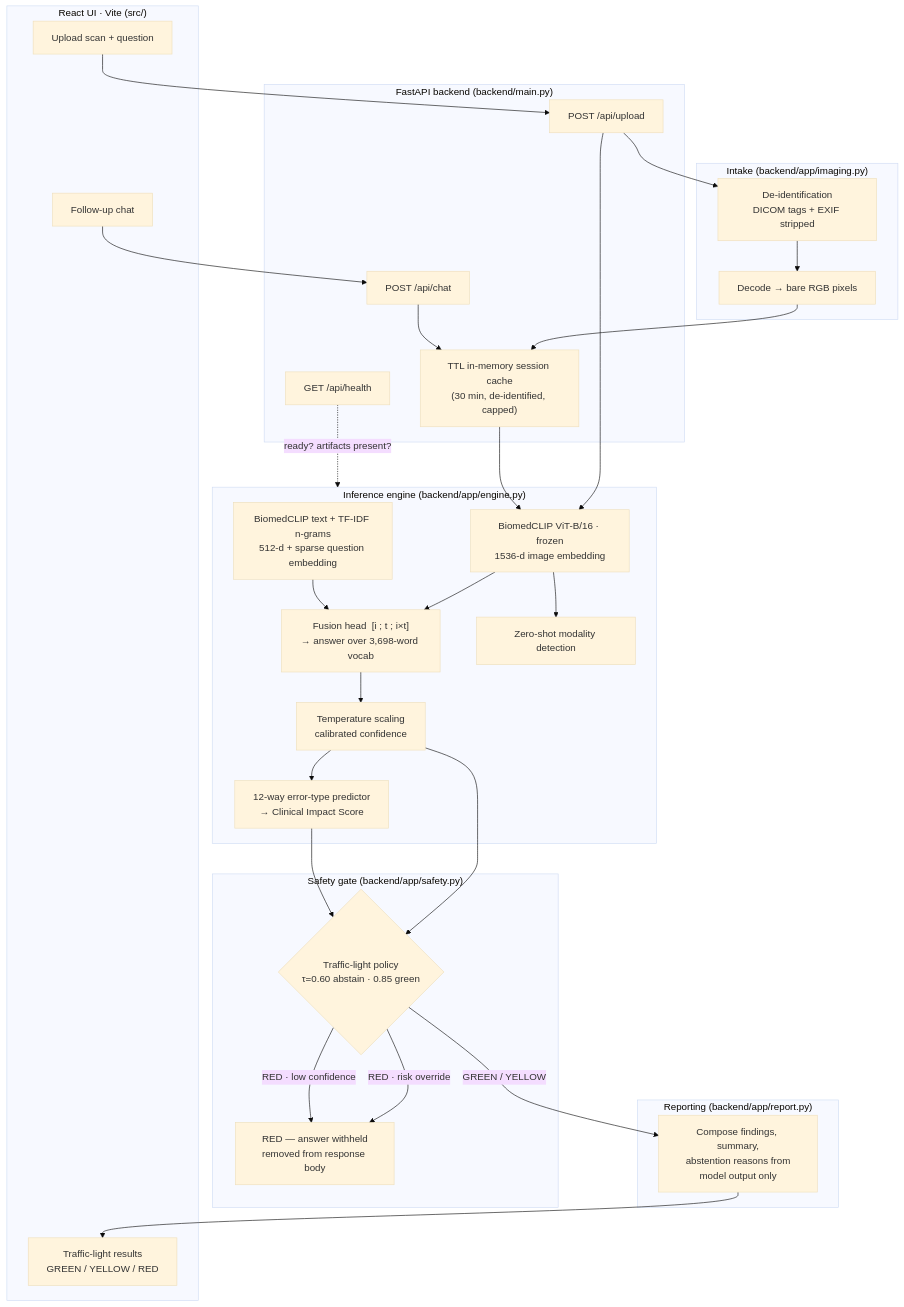
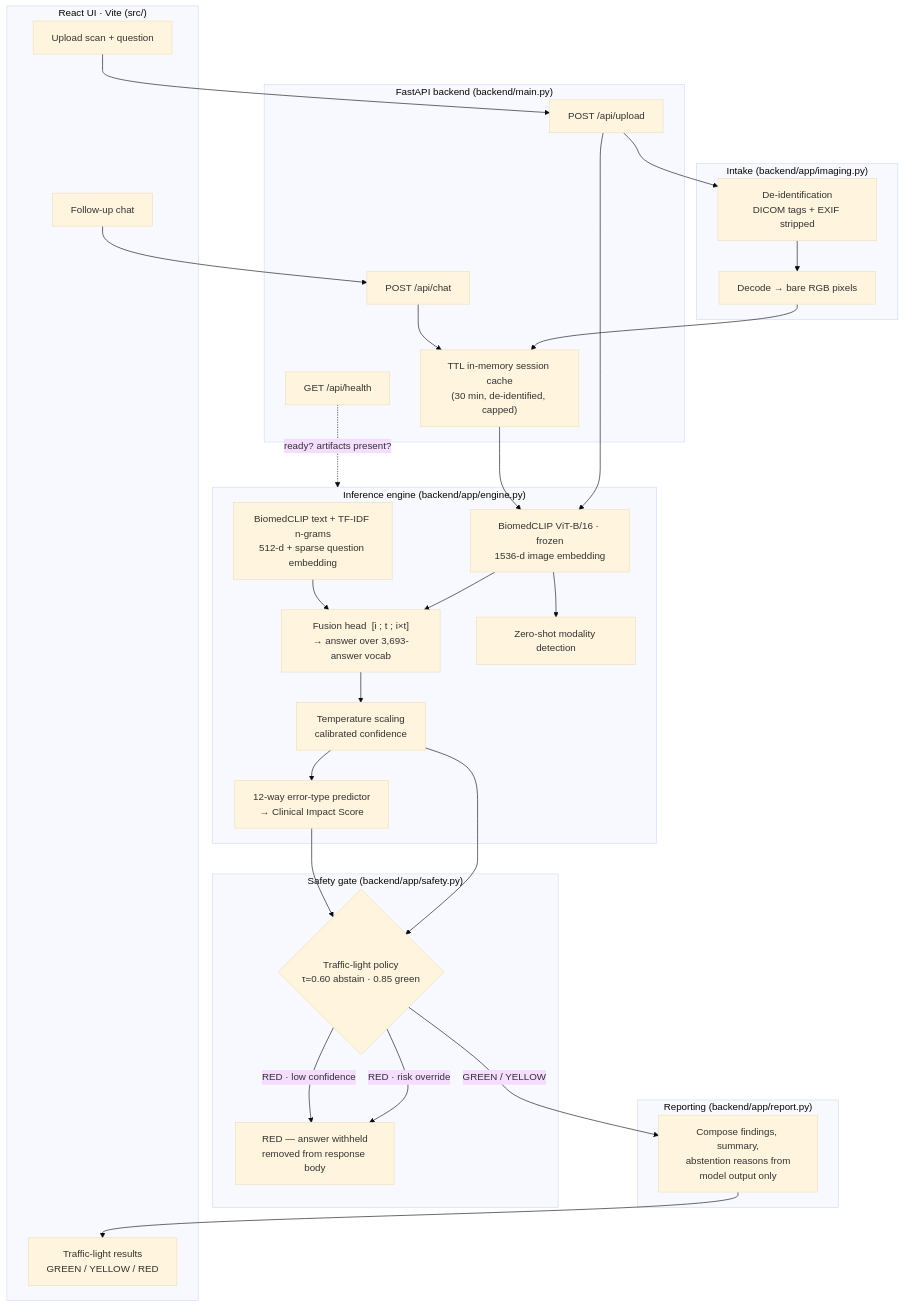
One commit to mansiverma897993/Diagnex changed the first of 2 diagrams in README.md. Above: the diagram before and after it, drawn with Mermaid (base theme). The commit also changed other lines of this file and 21 other files, not shown here.

````diff
--- a/README.md
+++ b/README.md
@@ -148,55 +155,55 @@
 ```mermaid
 flowchart TB
     subgraph UI["React UI · Vite  (src/)"]
         UP["Upload scan + question"]
         CH["Follow-up chat"]
         RES["Traffic-light results<br/>GREEN / YELLOW / RED"]
     end
 
     subgraph API["FastAPI backend  (backend/main.py)"]
         E1["POST /api/upload"]
         E2["POST /api/chat"]
         E3["GET /api/health"]
         SESS["TTL in-memory session cache<br/>(30 min, de-identified, capped)"]
     end
 
     subgraph INTAKE["Intake  (backend/app/imaging.py)"]
         DEID["De-identification<br/>DICOM tags + EXIF stripped"]
         DEC["Decode → bare RGB pixels"]
     end
 
     subgraph ENG["Inference engine  (backend/app/engine.py)"]
         VIT["BiomedCLIP ViT-B/16 · frozen<br/>1536-d image embedding"]
         TXT["BiomedCLIP text + TF-IDF n-grams<br/>512-d + sparse question embedding"]
-        FUSE["Fusion head  [i ; t ; i×t]<br/>→ answer over 3,698-word vocab"]
+        FUSE["Fusion head  [i ; t ; i×t]<br/>→ answer over 3,693-answer vocab"]
         CAL["Temperature scaling<br/>calibrated confidence"]
         ERR["12-way error-type predictor<br/>→ Clinical Impact Score"]
         MOD["Zero-shot modality detection"]
     end
 
     subgraph SAFE["Safety gate  (backend/app/safety.py)"]
         GATE{"Traffic-light policy<br/>τ=0.60 abstain · 0.85 green"}
         RED["RED — answer withheld<br/>removed from response body"]
     end
 
     subgraph RPT["Reporting  (backend/app/report.py)"]
         COMP["Compose findings, summary,<br/>abstention reasons from<br/>model output only"]
     end
 
     UP --> E1
     CH --> E2
     E1 --> DEID --> DEC --> SESS
     E1 --> VIT
     E2 --> SESS --> VIT
     VIT --> FUSE
     TXT --> FUSE
     FUSE --> CAL
     CAL --> GATE
     CAL --> ERR --> GATE
     VIT --> MOD
     GATE -->|"GREEN / YELLOW"| COMP
     GATE -->|"RED · risk override"| RED
     GATE -->|"RED · low confidence"| RED
     COMP --> RES
     E3 -.->|"ready? artifacts present?"| ENG
 ```
````
